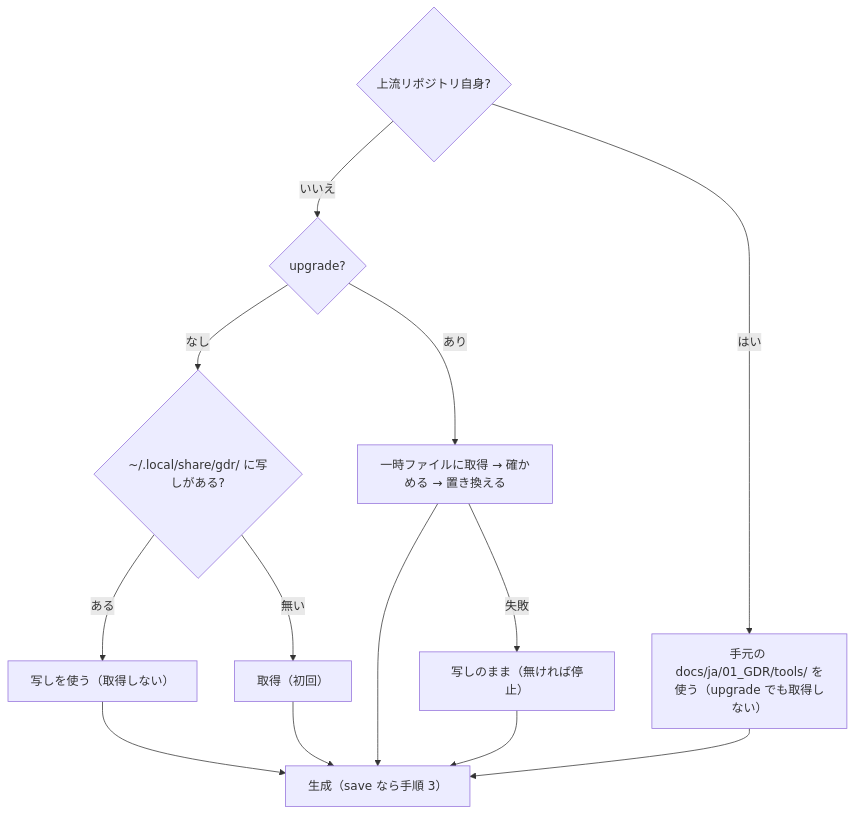
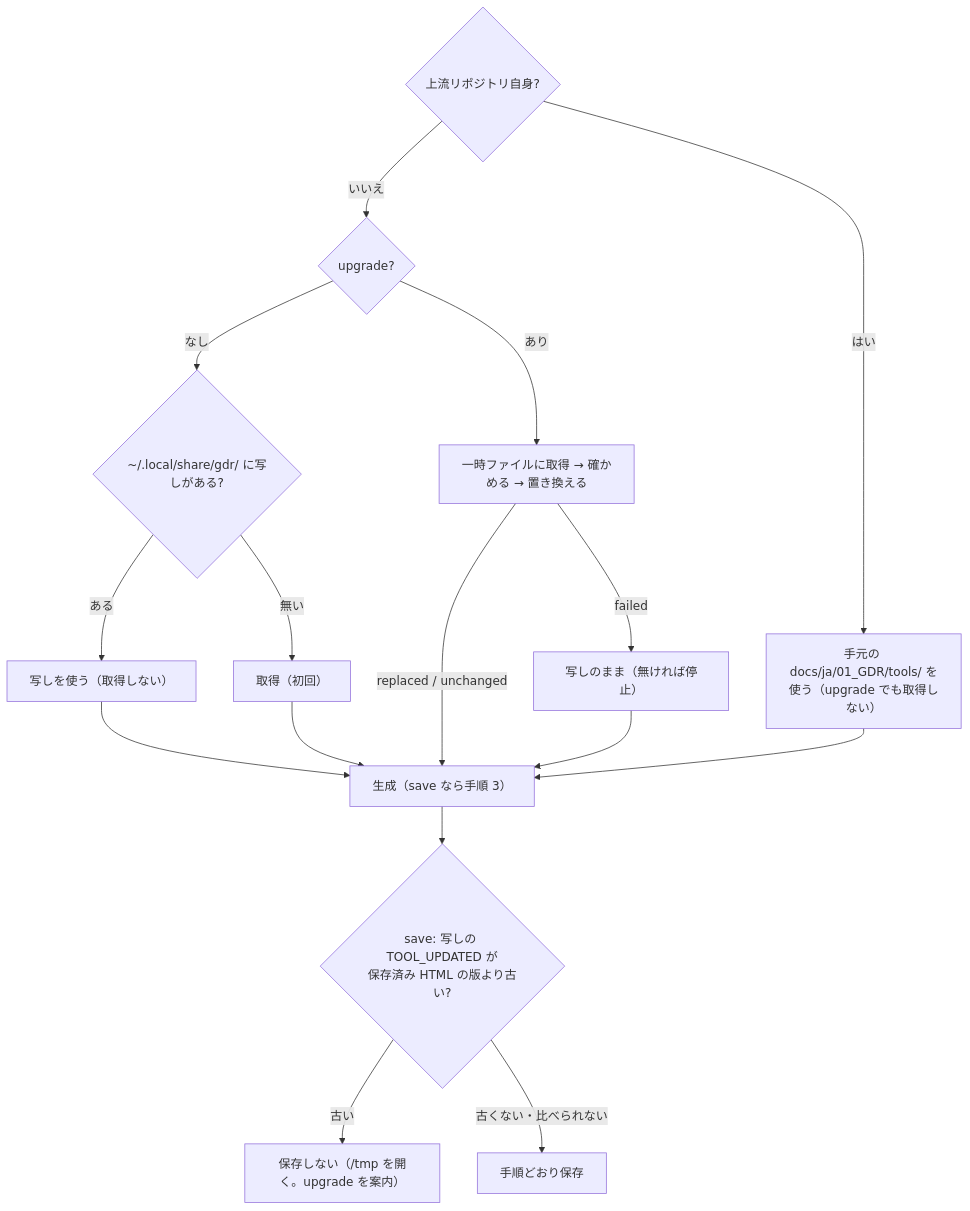
The diagram in docs/ja/91_demo_buildup_documents.md/kaizen/17_系譜ビューアの取得をupgradeに限る提案.md (yoshinag/general-decision-record), drawn with Mermaid before and after one commit. The commit also changed other lines of this file, not shown here.

````diff
--- a/docs/ja/91_demo_buildup_documents.md/kaizen/17_系譜ビューアの取得をupgradeに限る提案.md
+++ b/docs/ja/91_demo_buildup_documents.md/kaizen/17_系譜ビューアの取得をupgradeに限る提案.md
@@ -65,15 +74,18 @@
 ```mermaid
 flowchart TD
   U{"上流リポジトリ自身?"} -->|はい| L["手元の docs/ja/01_GDR/tools/ を使う（upgrade でも取得しない）"]
   U -->|いいえ| A{"upgrade?"}
   A -->|なし| E{"~/.local/share/gdr/ に写しがある?"}
   E -->|ある| K["写しを使う（取得しない）"]
   E -->|無い| F["取得（初回）"]
   A -->|あり| T["一時ファイルに取得 → 確かめる → 置き換える"]
-  T -->|失敗| K2["写しのまま（無ければ停止）"]
+  T -->|failed| K2["写しのまま（無ければ停止）"]
   K --> G["生成（save なら手順 3）"]
   F --> G
-  T --> G
+  T -->|replaced / unchanged| G
   K2 --> G
   L --> G
+  G --> V{"save: 写しの TOOL_UPDATED が<br/>保存済み HTML の版より古い?"}
+  V -->|古い| T2["保存しない（/tmp を開く。upgrade を案内）"]
+  V -->|古くない・比べられない| S["手順どおり保存"]
 ```
````
